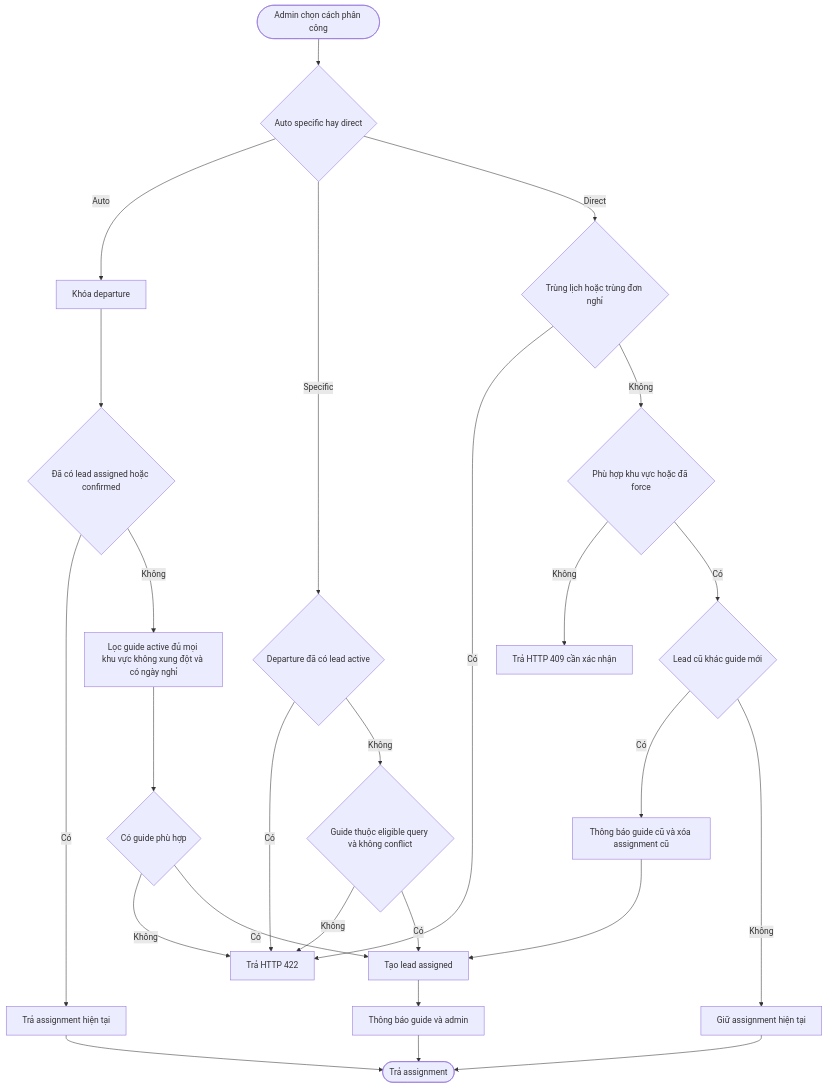
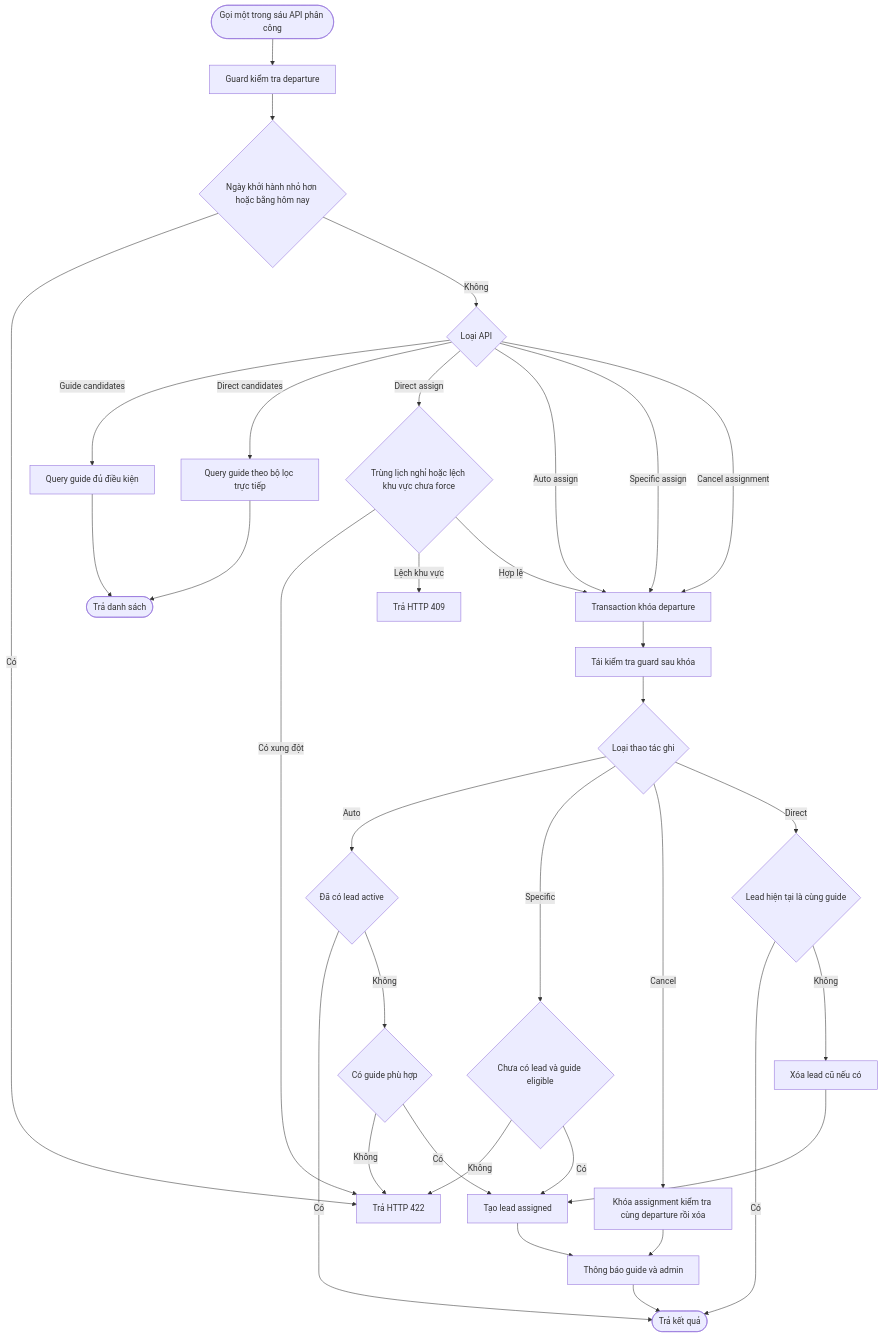
Before and after one commit to phamhoaithu2006/DATN_WD-01: diagram 32 of 39 in docs/reverse-engineering/06-process-and-state-diagrams.md, drawn with Mermaid. The commit also changed other lines of this file and 53 other files, not shown here.

````diff
--- a/docs/reverse-engineering/06-process-and-state-diagrams.md
+++ b/docs/reverse-engineering/06-process-and-state-diagrams.md
@@ -1129,28 +1308,36 @@
 ```mermaid
 flowchart TD
-    A([Admin chọn cách phân công]) --> B{Auto specific hay direct}
-    B -->|Auto| C[Khóa departure]
-    C --> D{Đã có lead assigned hoặc confirmed}
-    D -->|Có| E[Trả assignment hiện tại]
-    D -->|Không| F[Lọc guide active đủ mọi khu vực không xung đột và có ngày nghỉ]
-    F --> G{Có guide phù hợp}
-    G -->|Không| X[Trả HTTP 422]
-    G -->|Có| H[Tạo lead assigned]
-    B -->|Specific| I{Departure đã có lead active}
-    I -->|Có| X
-    I -->|Không| J{Guide thuộc eligible query và không conflict}
-    J -->|Không| X
-    J -->|Có| H
-    B -->|Direct| K{Trùng lịch hoặc trùng đơn nghỉ}
-    K -->|Có| X
-    K -->|Không| L{Phù hợp khu vực hoặc đã force}
-    L -->|Không| Y[Trả HTTP 409 cần xác nhận]
-    L -->|Có| M{Lead cũ khác guide mới}
-    M -->|Có| N[Thông báo guide cũ và xóa assignment cũ]
-    M -->|Không| O[Giữ assignment hiện tại]
-    N --> H
-    H --> P[Thông báo guide và admin]
-    O --> Q([Trả assignment])
-    P --> Q
-    E --> Q
+    A([Gọi một trong sáu API phân công]) --> B[Guard kiểm tra departure]
+    B --> C{Ngày khởi hành nhỏ hơn hoặc bằng hôm nay}
+    C -->|Có| X[Trả HTTP 422]
+    C -->|Không| D{Loại API}
+    D -->|Guide candidates| E[Query guide đủ điều kiện]
+    D -->|Direct candidates| F[Query guide theo bộ lọc trực tiếp]
+    E --> Z([Trả danh sách])
+    F --> Z
+    D -->|Direct assign| G{Trùng lịch nghỉ hoặc lệch khu vực chưa force}
+    G -->|Có xung đột| X
+    G -->|Lệch khu vực| Y[Trả HTTP 409]
+    G -->|Hợp lệ| H[Transaction khóa departure]
+    D -->|Auto assign| H
+    D -->|Specific assign| H
+    D -->|Cancel assignment| H
+    H --> I[Tái kiểm tra guard sau khóa]
+    I --> J{Loại thao tác ghi}
+    J -->|Auto| K{Đã có lead active}
+    J -->|Specific| L{Chưa có lead và guide eligible}
+    J -->|Cancel| M[Khóa assignment kiểm tra cùng departure rồi xóa]
+    J -->|Direct| N{Lead hiện tại là cùng guide}
+    K -->|Có| Q
+    K -->|Không| AA{Có guide phù hợp}
+    AA -->|Không| X
+    AA -->|Có| O[Tạo lead assigned]
+    L -->|Không| X
+    L -->|Có| O
+    N -->|Có| Q
+    N -->|Không| AB[Xóa lead cũ nếu có]
+    AB --> O
+    M --> P[Thông báo guide và admin]
+    O --> P
+    P --> Q([Trả kết quả])
 ```
````
